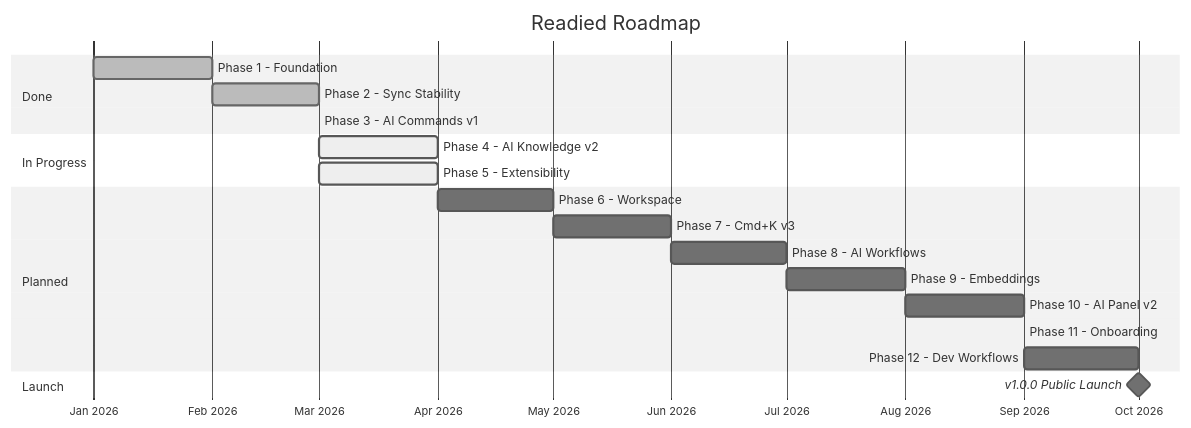
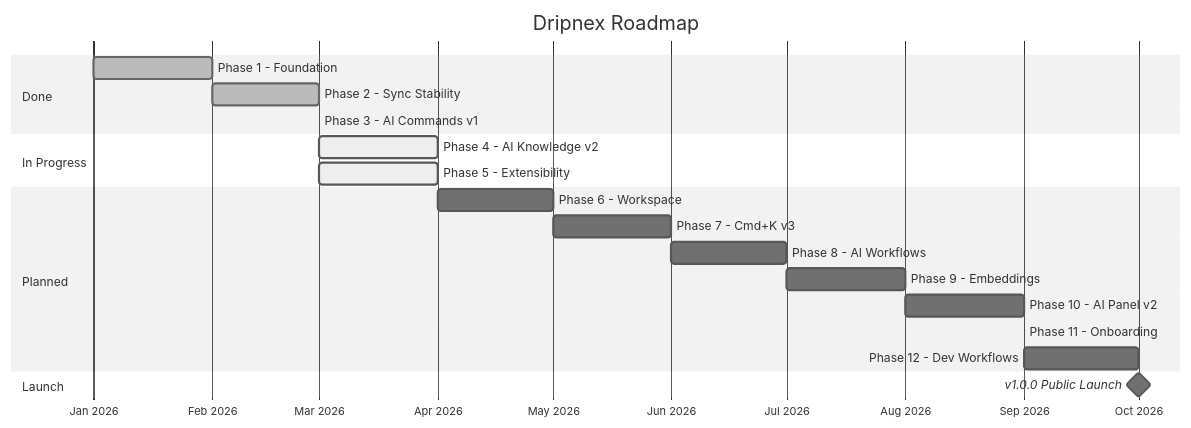
Before and after one commit to dripnex/app: the fourth of 4 diagrams in ROADMAP.md, drawn with Mermaid (neutral theme). The commit also changed other lines of this file and 322 other files, not shown here.

First line of the commit message:
chore: rename Readied → Dripnex (dripnex.app)

````diff
--- a/ROADMAP.md
+++ b/ROADMAP.md
@@ -434,27 +434,27 @@
 ```mermaid
 gantt
-    title Readied Roadmap
+    title Dripnex Roadmap
     dateFormat YYYY-MM
     axisFormat %b %Y
 
     section Done
     Phase 1 - Foundation           :done, p1, 2026-01, 2026-02
     Phase 2 - Sync Stability       :done, p2, 2026-02, 2026-03
     Phase 3 - AI Commands v1       :done, p3, 2026-03, 2026-03
 
     section In Progress
     Phase 4 - AI Knowledge v2      :active, p4, 2026-03, 2026-04
     Phase 5 - Extensibility        :active, p5, 2026-03, 2026-04
 
     section Planned
     Phase 6 - Workspace            :p6, 2026-04, 2026-05
     Phase 7 - Cmd+K v3             :p7, 2026-05, 2026-06
     Phase 8 - AI Workflows         :p8, 2026-06, 2026-07
     Phase 9 - Embeddings           :p9, 2026-07, 2026-08
     Phase 10 - AI Panel v2         :p10, 2026-08, 2026-09
     Phase 11 - Onboarding          :p11, 2026-09, 2026-09
     Phase 12 - Dev Workflows       :p12, 2026-09, 2026-10
 
     section Launch
     v1.0.0 Public Launch           :milestone, launch, 2026-10, 0d
 ```
````
